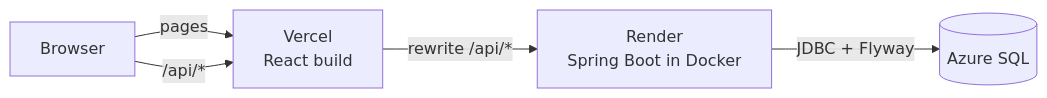
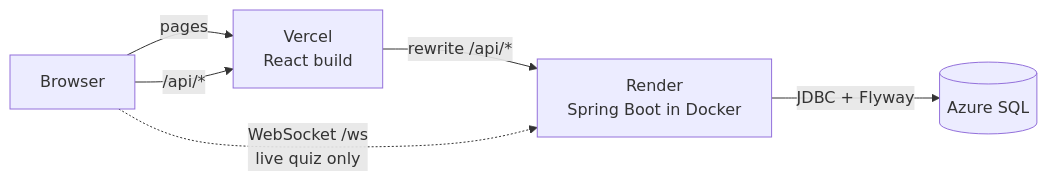
The diagram in README.md (thanhsu263/smart-teach-vn), drawn with Mermaid before and after one commit. The commit also changed other lines of this file and 4 other files, not shown here.

Commit message:
docs: live quiz section and screenshots

````diff
--- a/README.md
+++ b/README.md
@@ -61,7 +72,8 @@
 ```mermaid
 flowchart LR
     B[Browser] -->|pages| V[Vercel<br/>React build]
     B -->|/api/*| V
     V -->|rewrite /api/*| R[Render<br/>Spring Boot in Docker]
+    B -.->|WebSocket /ws<br/>live quiz only| R
     R -->|JDBC + Flyway| S[(Azure SQL)]
 ```
````
